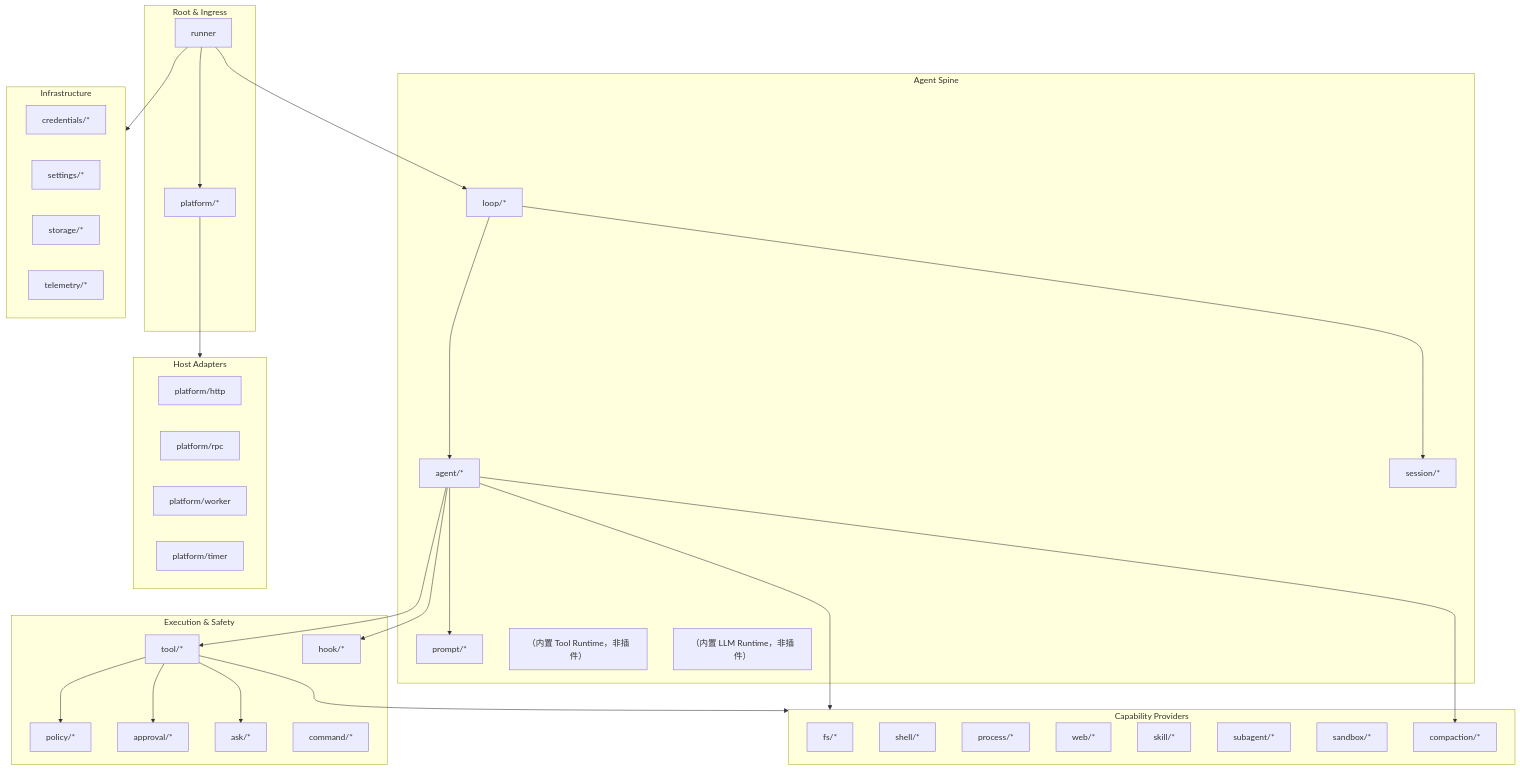
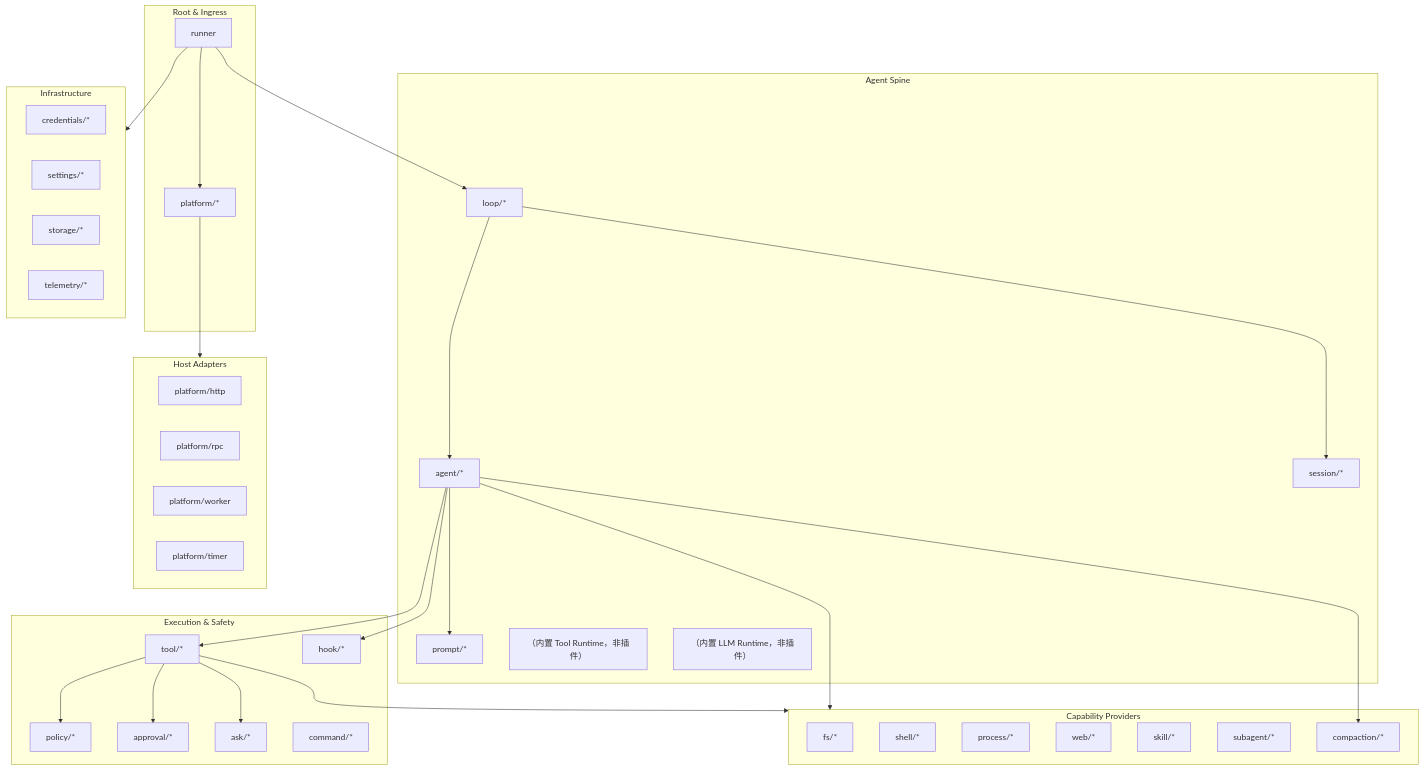
Before and after one commit to lengzhao/agentkit: the diagram in docs/plugin-catalog.zh.md, drawn with Mermaid. The commit also changed other lines of this file and 69 other files, not shown here.

````diff
--- a/docs/plugin-catalog.zh.md
+++ b/docs/plugin-catalog.zh.md
@@ -24,66 +24,65 @@
 ```mermaid
 flowchart TB
   subgraph root ["Root & Ingress"]
     Runner["runner"]
     Platform["platform/*"]
   end
 
   subgraph spine ["Agent Spine"]
     Loop["loop/*"]
     Agent["agent/*"]
     Session["session/*"]
     Prompt["prompt/*"]
     ToolsRT["（内置 Tool Runtime，非插件）"]
     LLMRT["（内置 LLM Runtime，非插件）"]
   end
 
   subgraph exec ["Execution & Safety"]
     Tool["tool/*"]
     Policy["policy/*"]
     Hook["hook/*"]
     Approval["approval/*"]
     Ask["ask/*"]
     Command["command/*"]
   end
 
   subgraph cap ["Capability Providers"]
     FS["fs/*"]
     Shell["shell/*"]
     Process["process/*"]
     Web["web/*"]
     Skill["skill/*"]
     Subagent["subagent/*"]
-    Sandbox["sandbox/*"]
     Compaction["compaction/*"]
   end
 
   subgraph infra ["Infrastructure"]
     Credentials["credentials/*"]
     Settings["settings/*"]
     Storage["storage/*"]
     Telemetry["telemetry/*"]
   end
 
   subgraph host ["Host Adapters"]
     HTTP["platform/http"]
     RPC["platform/rpc"]
     Worker["platform/worker"]
     Timer["platform/timer"]
   end
 
   Runner --> Platform
   Runner --> Loop
   Loop --> Agent
   Loop --> Session
   Agent --> Prompt
   Agent --> Tool
   Agent --> cap
   Tool --> cap
   Tool --> Policy
   Tool --> Approval
   Tool --> Ask
   Agent --> Hook
   Agent --> Compaction
   Runner --> infra
   Platform --> host
 ```
````
